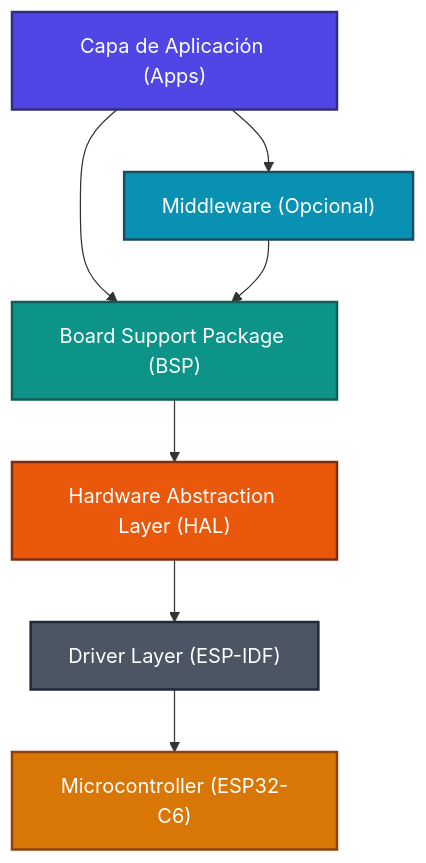
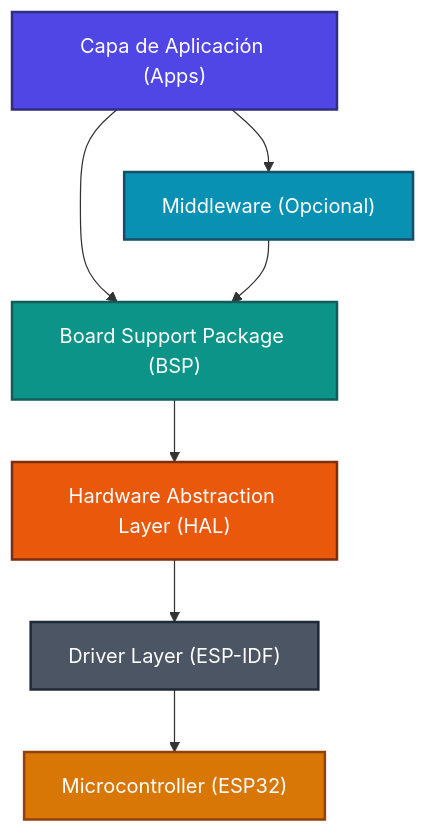
Before and after one commit to juanic/ESP32_playground: the diagram in firmware/README.md, drawn with Mermaid. The commit also changed 4 other files, not shown here.

````diff
--- a/firmware/README.md
+++ b/firmware/README.md
@@ -9,16 +9,16 @@
 ```mermaid
 graph TD
     Apps["Capa de Aplicación (Apps)"] --> Middleware["Middleware (Opcional)"]
     Apps --> BSP["Board Support Package (BSP)"]
     Middleware --> BSP
     BSP --> HAL["Hardware Abstraction Layer (HAL)"]
     HAL --> ESPIDF["Driver Layer (ESP-IDF)"]
-    ESPIDF --> Hardware["Microcontroller (ESP32-C6)"]
+    ESPIDF --> Hardware["Microcontroller (ESP32)"]
     
     style Apps fill:#4F46E5,stroke:#312E81,stroke-width:2px,color:#FFFFFF
     style Middleware fill:#0891B2,stroke:#164E63,stroke-width:2px,color:#FFFFFF
     style BSP fill:#0D9488,stroke:#115E59,stroke-width:2px,color:#FFFFFF
     style HAL fill:#EA580C,stroke:#7C2D12,stroke-width:2px,color:#FFFFFF
     style ESPIDF fill:#4B5563,stroke:#1F2937,stroke-width:2px,color:#FFFFFF
     style Hardware fill:#D97706,stroke:#92400E,stroke-width:2px,color:#FFFFFF
 ```
````
